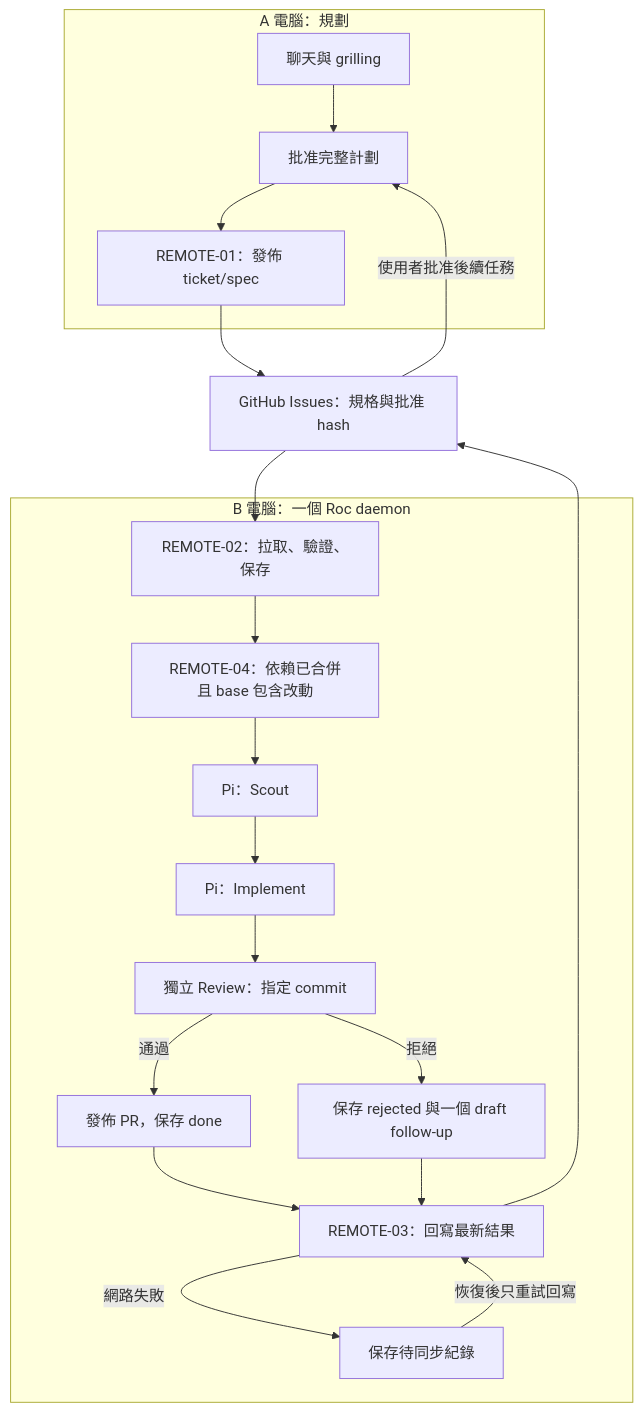
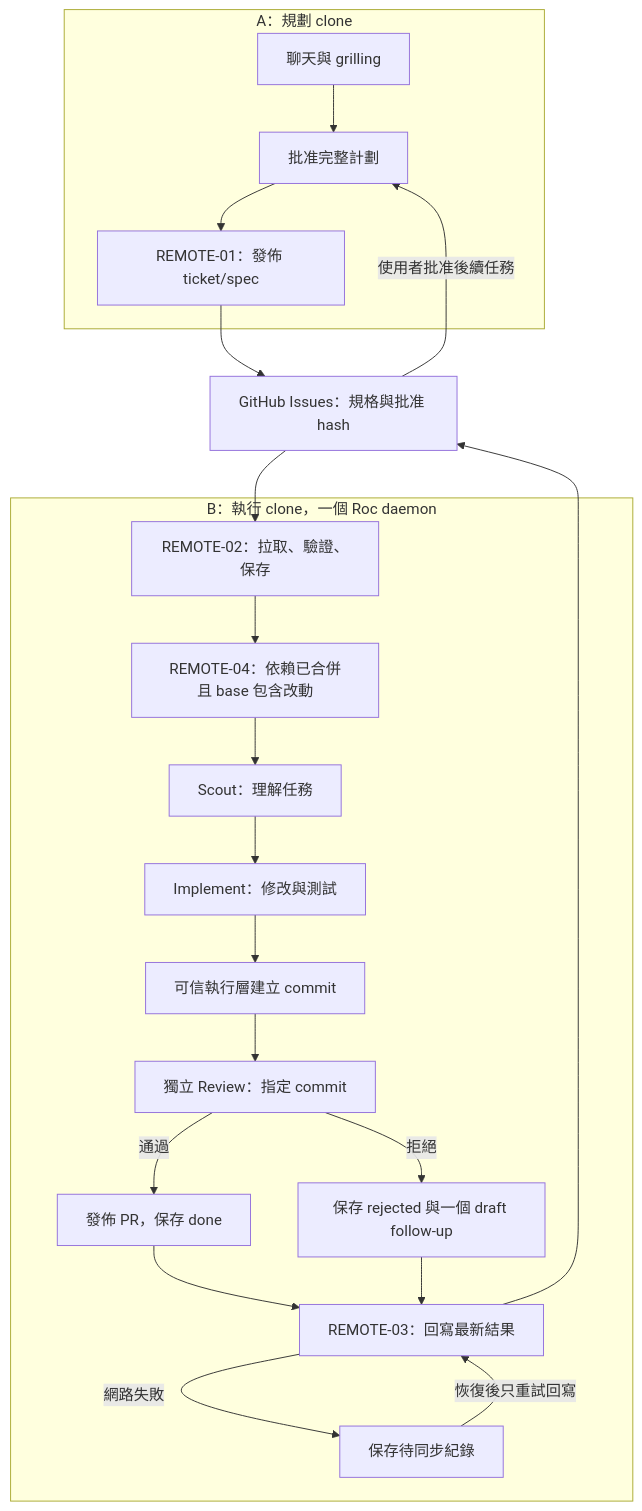
Before and after one commit to devos-ing/Roc: the second of 4 diagrams in docs/design/remote-task-workflow.md, drawn with Mermaid. The commit also changed other lines of this file and 40 other files, not shown here.

````diff
--- a/docs/design/remote-task-workflow.md
+++ b/docs/design/remote-task-workflow.md
@@ -20,21 +20,21 @@
 ```mermaid
 flowchart TB
-    subgraph planner["A 電腦：規劃"]
+    subgraph planner["A：規劃 clone"]
       chat["聊天與 grilling"] --> approve["批准完整計劃"]
       approve --> publish["REMOTE-01：發佈 ticket/spec"]
     end
     publish --> github["GitHub Issues：規格與批准 hash"]
-    subgraph worker["B 電腦：一個 Roc daemon"]
+    subgraph execution["B：執行 clone，一個 Roc daemon"]
       admit["REMOTE-02：拉取、驗證、保存"] --> deps["REMOTE-04：依賴已合併且 base 包含改動"]
-      deps --> scout["Pi：Scout"] --> implement["Pi：Implement"] --> review["獨立 Review：指定 commit"]
+      deps --> scout["Scout：理解任務"] --> implement["Implement：修改與測試"] --> commit["可信執行層建立 commit"] --> review["獨立 Review：指定 commit"]
       review -->|通過| pr["發佈 PR，保存 done"]
       review -->|拒絕| followup["保存 rejected 與一個 draft follow-up"]
       pr --> sync["REMOTE-03：回寫最新結果"]
       followup --> sync
       sync -->|網路失敗| retry["保存待同步紀錄"]
       retry -->|恢復後只重試回寫| sync
     end
     github --> admit
     sync --> github
     github -->|使用者批准後續任務| approve
 ```
````
